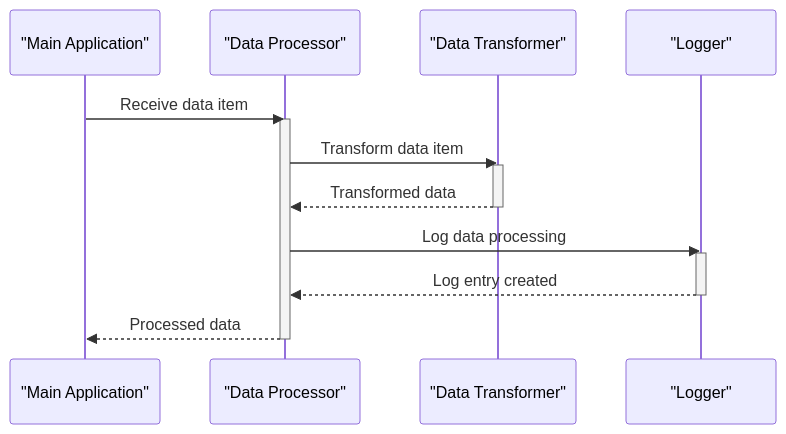
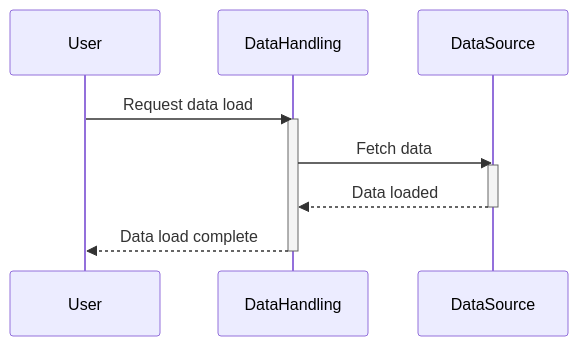
Before and after one commit to OpenXFlow/sourceLensAI: the fourth of 7 diagrams in output/python-sample-project/07_diagrams.md, drawn with Mermaid. The commit also changed other lines of this file and 25 other files, not shown here.

````diff
--- a/output/python-sample-project/07_diagrams.md
+++ b/output/python-sample-project/07_diagrams.md
@@ -91,19 +55,14 @@
 ```mermaid
 sequenceDiagram
-    participant MainApp as "Main Application"
-    participant DataProcessor as "Data Processor"
-    participant Transformer as "Data Transformer"
-    participant Logger as "Logger"
-    MainApp->>DataProcessor: Receive data item
-    activate DataProcessor
-    DataProcessor->>Transformer: Transform data item
-    activate Transformer
-    Transformer-->>DataProcessor: Transformed data
-    deactivate Transformer
-    DataProcessor->>Logger: Log data processing
-    activate Logger
-    Logger-->>DataProcessor: Log entry created
-    deactivate Logger
-    DataProcessor-->>MainApp: Processed data
-    deactivate DataProcessor
+    participant User
+    participant DataHandling
+    participant DataSource
+    User->>DataHandling: Request data load
+    activate DataHandling
+    DataHandling->>DataSource: Fetch data
+    activate DataSource
+    DataSource-->>DataHandling: Data loaded
+    deactivate DataSource
+    DataHandling-->>User: Data load complete
+    deactivate DataHandling
 ```
````
